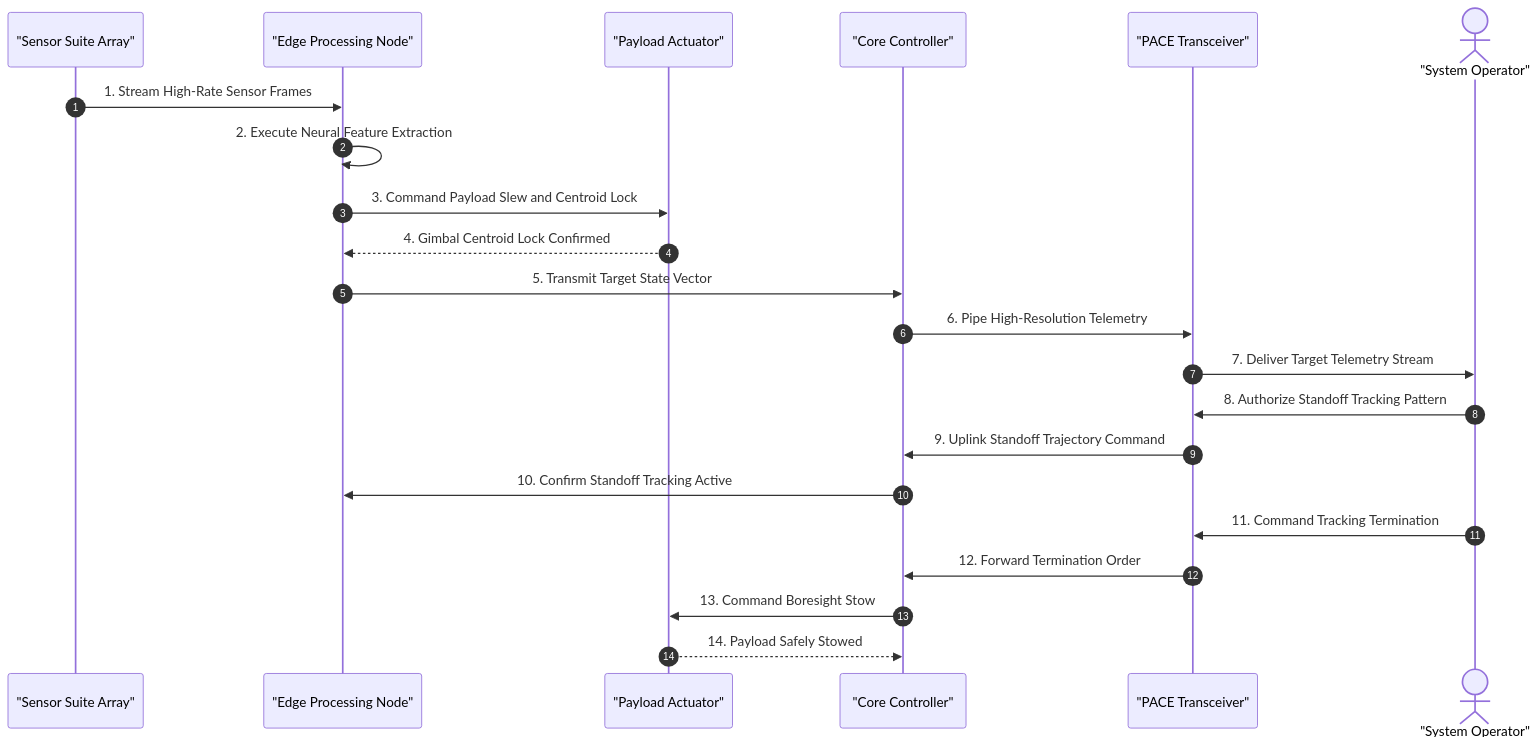
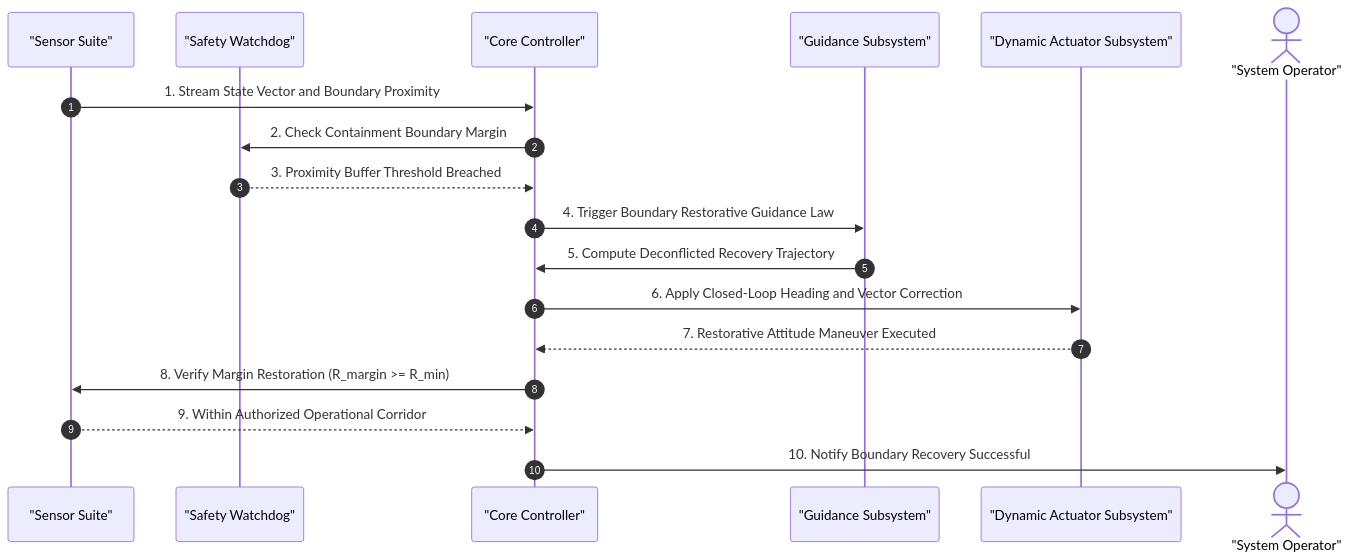
One commit to gintatkinson/DEAP01-spec-core changed the second of 6 diagrams in skills/spec-conops-engineering/resources/units/conops/09_SCENARIOS_AND_TIMELINES.md. Above: the diagram before and after it, drawn with Mermaid. The commit also changed other lines of this file and 129 other files, not shown here.

````diff
--- a/skills/spec-conops-engineering/resources/units/conops/09_SCENARIOS_AND_TIMELINES.md
+++ b/skills/spec-conops-engineering/resources/units/conops/09_SCENARIOS_AND_TIMELINES.md
@@ -64,25 +64,21 @@
 ```mermaid
 sequenceDiagram
     autonumber
-    participant Sensors as "Sensor Suite Array"
-    participant EdgeNode as "Edge Processing Node"
-    participant Actuator as "Payload Actuator"
+    participant Sensors as "Sensor Suite"
+    participant Watchdog as "Safety Watchdog"
     participant Controller as "Core Controller"
-    participant Modem as "PACE Transceiver"
+    participant Guidance as "Guidance Subsystem"
+    participant Actuator as "Dynamic Actuator Subsystem"
     actor Operator as "System Operator"
 
-    Sensors ->> EdgeNode: 1. Stream High-Rate Sensor Frames
-    EdgeNode ->> EdgeNode: 2. Execute Neural Feature Extraction
-    EdgeNode ->> Actuator: 3. Command Payload Slew and Centroid Lock
-    Actuator -->> EdgeNode: 4. Gimbal Centroid Lock Confirmed
-    EdgeNode ->> Controller: 5. Transmit Target State Vector
-    Controller ->> Modem: 6. Pipe High-Resolution Telemetry
-    Modem ->> Operator: 7. Deliver Target Telemetry Stream
-    Operator ->> Modem: 8. Authorize Standoff Tracking Pattern
-    Modem ->> Controller: 9. Uplink Standoff Trajectory Command
-    Controller ->> EdgeNode: 10. Confirm Standoff Tracking Active
-    Operator ->> Modem: 11. Command Tracking Termination
-    Modem ->> Controller: 12. Forward Termination Order
-    Controller ->> Actuator: 13. Command Boresight Stow
-    Actuator -->> Controller: 14. Payload Safely Stowed
+    Sensors ->> Controller: 1. Stream State Vector and Boundary Proximity
+    Controller ->> Watchdog: 2. Check Containment Boundary Margin
+    Watchdog -->> Controller: 3. Proximity Buffer Threshold Breached
+    Controller ->> Guidance: 4. Trigger Boundary Restorative Guidance Law
+    Guidance ->> Controller: 5. Compute Deconflicted Recovery Trajectory
+    Controller ->> Actuator: 6. Apply Closed-Loop Heading and Vector Correction
+    Actuator -->> Controller: 7. Restorative Attitude Maneuver Executed
+    Controller ->> Sensors: 8. Verify Margin Restoration (R_margin >= R_min)
+    Sensors -->> Controller: 9. Within Authorized Operational Corridor
+    Controller ->> Operator: 10. Notify Boundary Recovery Successful
 ```
````
